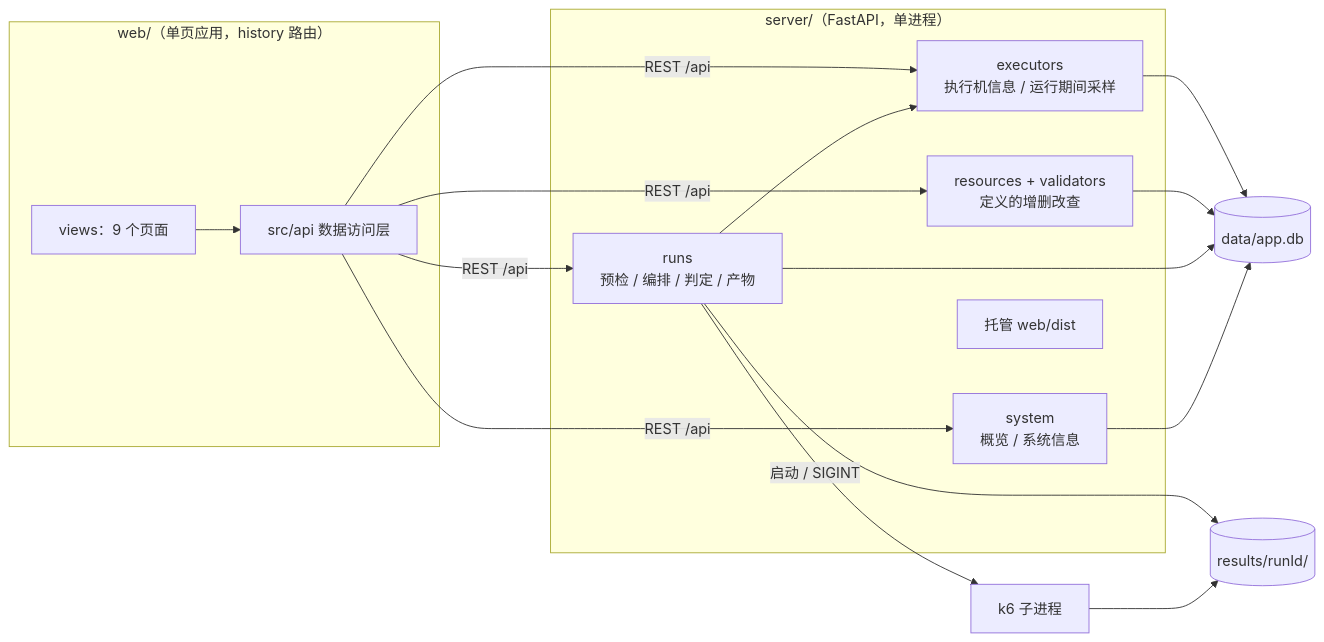
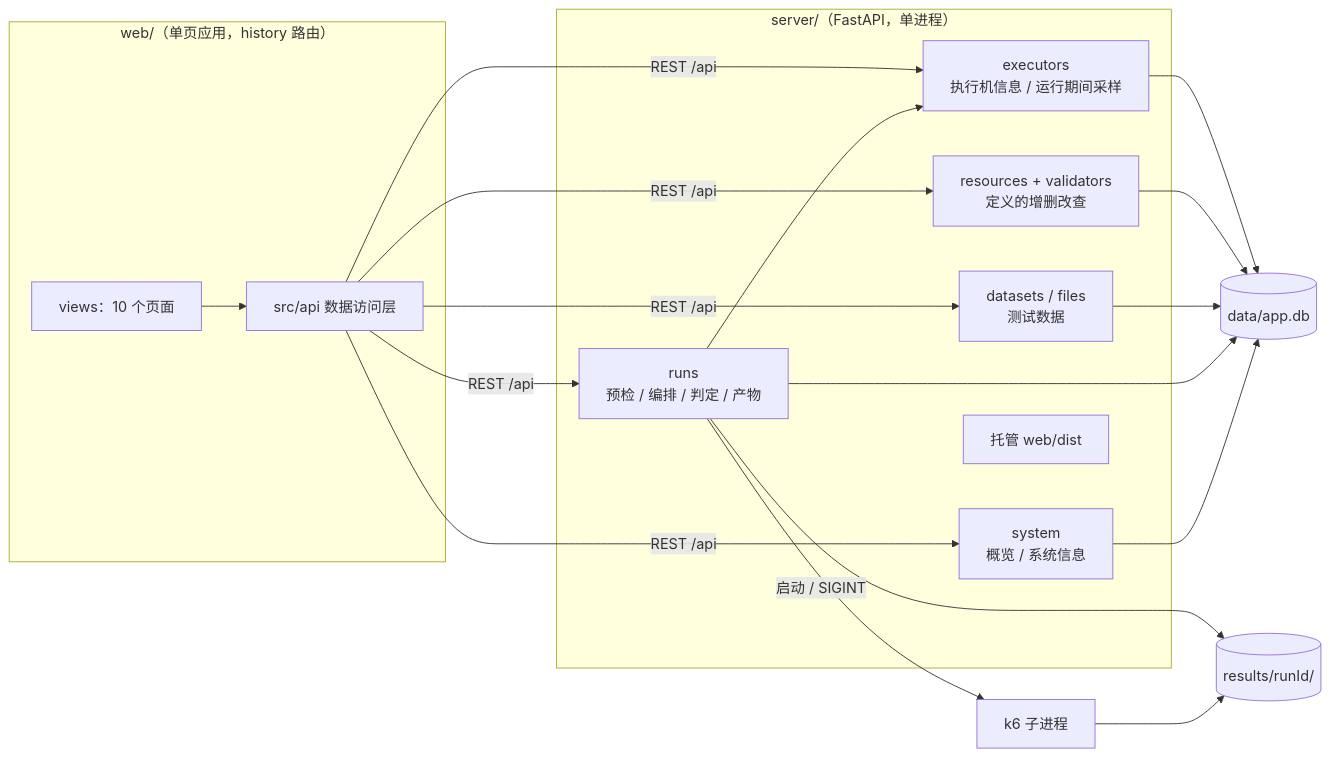
One commit to Leibiner/AI-Performance-Engineering changed the seventh of 8 diagrams in docs/ARCHITECTURE.md. Above: the diagram before and after it, drawn with Mermaid. The commit also changed other lines of this file and 65 other files, not shown here.

````diff
--- a/docs/ARCHITECTURE.md
+++ b/docs/ARCHITECTURE.md
@@ -977,25 +1008,27 @@
 ```mermaid
 flowchart LR
     subgraph WEB["web/（单页应用，history 路由）"]
-        PAGES["views：9 个页面"] --> APIC["src/api 数据访问层"]
+        PAGES["views：10 个页面"] --> APIC["src/api 数据访问层"]
     end
     subgraph SRV["server/（FastAPI，单进程）"]
         RESR["resources + validators<br/>定义的增删改查"]
+        DATA["datasets / files<br/>测试数据"]
         RUNS["runs<br/>预检 / 编排 / 判定 / 产物"]
         EXE["executors<br/>执行机信息 / 运行期间采样"]
         SYS["system<br/>概览 / 系统信息"]
         STATIC["托管 web/dist"]
     end
     DB[("data/app.db")]
     FS[("results/runId/")]
     K6["k6 子进程"]
-    APIC -->|"REST /api"| RESR & RUNS & EXE & SYS
+    APIC -->|"REST /api"| RESR & DATA & RUNS & EXE & SYS
     RUNS --> EXE
     EXE --> DB
     RESR --> DB
+    DATA --> DB
     RUNS --> DB
     SYS --> DB
     RUNS --> FS
     RUNS -->|启动 / SIGINT| K6
     K6 --> FS
 ```
````
